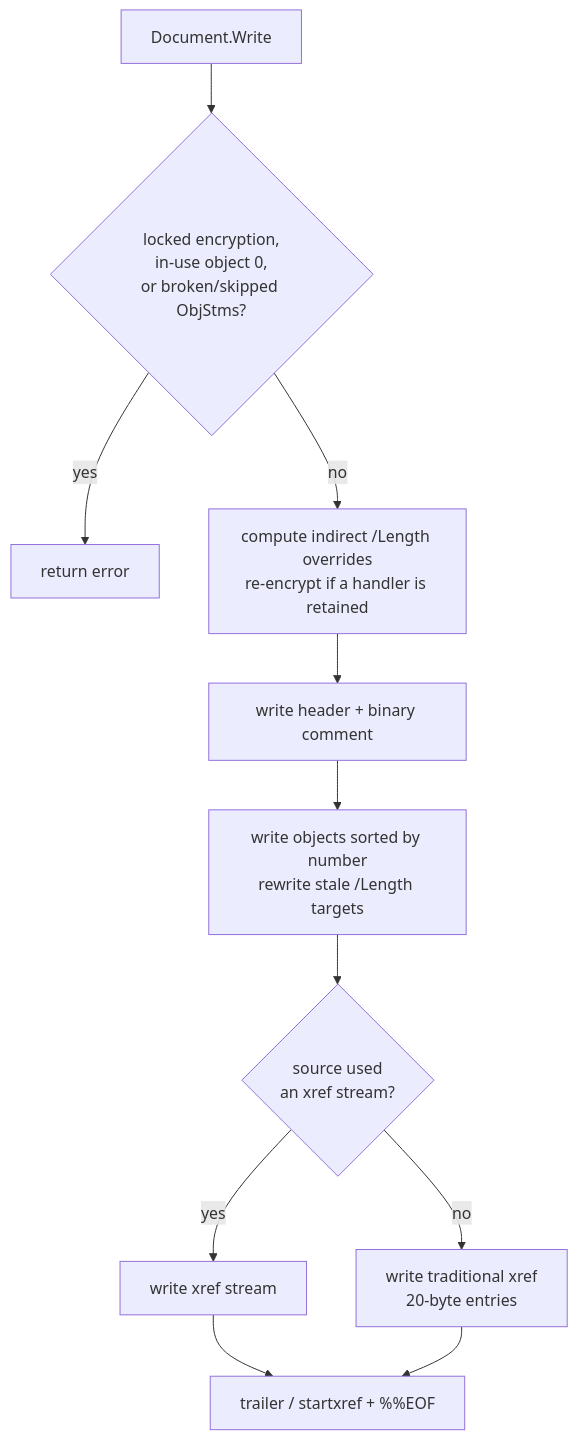
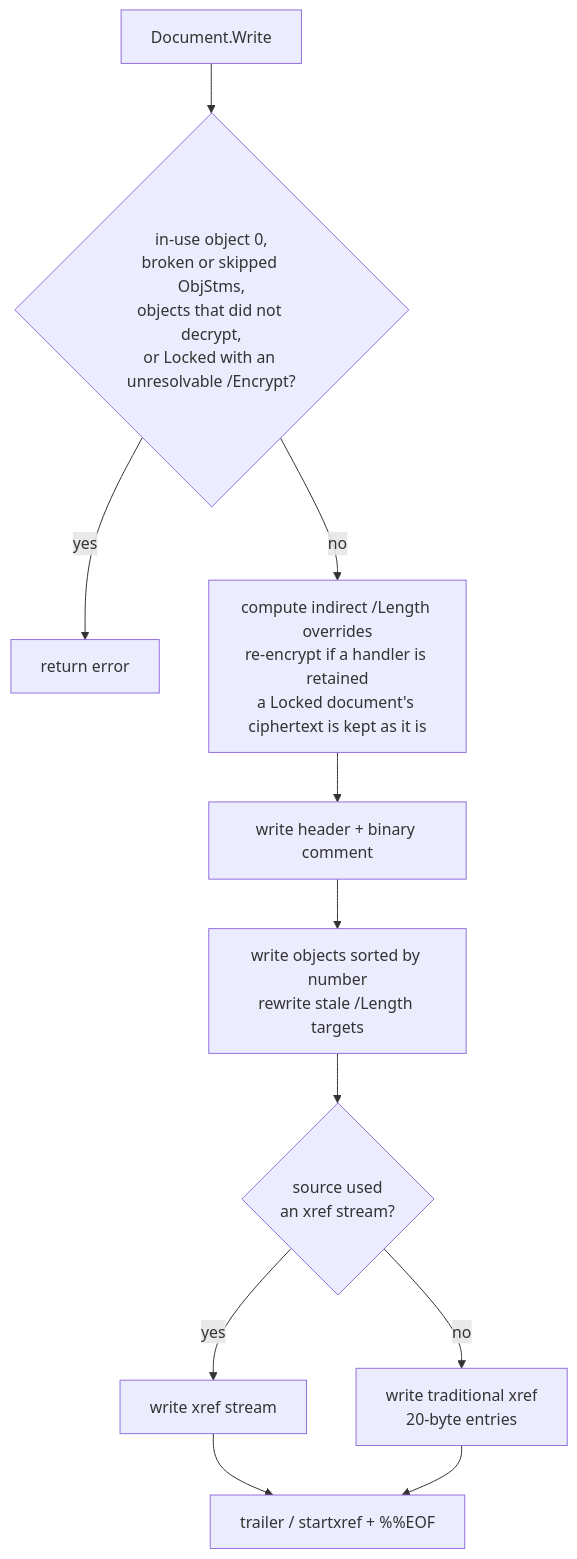
One commit to mgilbir/pdf0 changed the third of 3 diagrams in docs/architecture.md. Above: the diagram before and after it, drawn with Mermaid. The commit also changed other lines of this file and 31 other files, not shown here.

````diff
--- a/docs/architecture.md
+++ b/docs/architecture.md
@@ -249,13 +255,13 @@
 ```mermaid
 flowchart TD
-    A[Document.Write] --> B{locked encryption,<br/>in-use object 0,<br/>or broken/skipped ObjStms?}
+    A[Document.Write] --> B{in-use object 0,<br/>broken or skipped ObjStms,<br/>objects that did not decrypt,<br/>or Locked with an unresolvable /Encrypt?}
     B -->|yes| X[return error]
-    B -->|no| C[compute indirect /Length overrides<br/>re-encrypt if a handler is retained]
+    B -->|no| C[compute indirect /Length overrides<br/>re-encrypt if a handler is retained<br/>a Locked document's ciphertext is kept as it is]
     C --> D[write header + binary comment]
     D --> E[write objects sorted by number<br/>rewrite stale /Length targets]
     E --> F{source used<br/>an xref stream?}
     F -->|yes| G1[write xref stream]
     F -->|no| G2[write traditional xref<br/>20-byte entries]
     G1 --> H[trailer / startxref + %%EOF]
     G2 --> H
 ```
````
